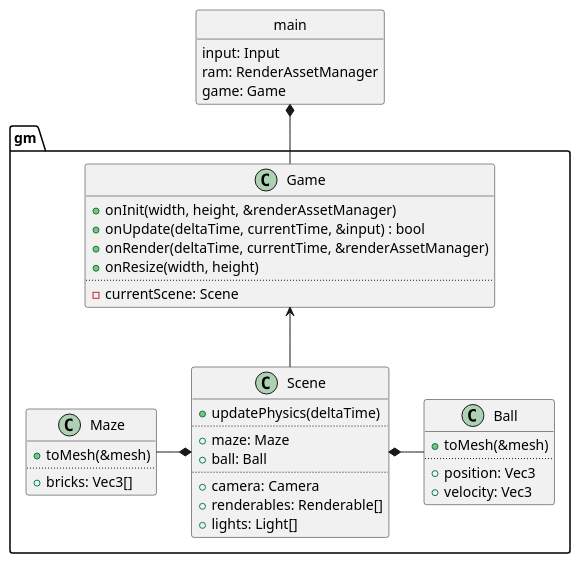
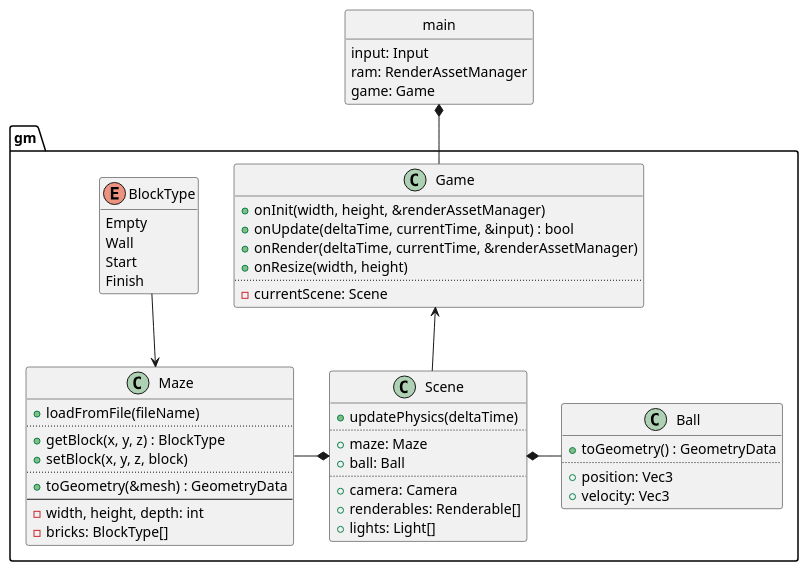
One commit to ba6er/marblemaze changed the diagram in design/uml/game.puml. Above: the diagram before and after it, drawn with PlantUML. The commit also changed 5 other files, not shown here.

Commit message:
Updated UML diagrams; typo fix, Maze methods and fields updated

```diff
--- a/design/uml/game.puml
+++ b/design/uml/game.puml
@@ -1,51 +1,67 @@
 @startuml
 set separator ::
 
 class gm::Game {
 	+onInit(width, height, &renderAssetManager)
 	+onUpdate(deltaTime, currentTime, &input) : bool
 	+onRender(deltaTime, currentTime, &renderAssetManager)
 	+onResize(width, height)
 	..
 	-currentScene: Scene
 }
 
 class gm::Scene {
 	+updatePhysics(deltaTime)
 	..
 	+maze: Maze
 	+ball: Ball
 	..
 	+camera: Camera
 	+renderables: Renderable[]
 	+lights: Light[]
 }
 
+enum gm::BlockType {
+	Empty
+	Wall
+	Start
+	Finish
+}
+hide BlockType methods
+
 class gm::Maze {
-	+toMesh(&mesh)
+	+loadFromFile(fileName)
 	..
-	+bricks: Vec3[]
+	+getBlock(x, y, z) : BlockType
+	+setBlock(x, y, z, block)
+	..
+	+toGeometry(&mesh) : GeometryData
+	--
+	-width, height, depth: int
+	-bricks: BlockType[]
 }
 
 class gm::Ball {
-	+toMesh(&mesh)
+	+toGeometry() : GeometryData
 	..
 	+position: Vec3
 	+velocity: Vec3
 }
 
 class main {
 	input: Input
 	ram: RenderAssetManager
 	game: Game
 }
 hide main circle
 hide main methods
 
 main *-- Game
 Game <-- Scene
 
+Maze <-up- BlockType
+
 Scene *-left- Maze
 Scene *-right- Ball
 
 @enduml
```
